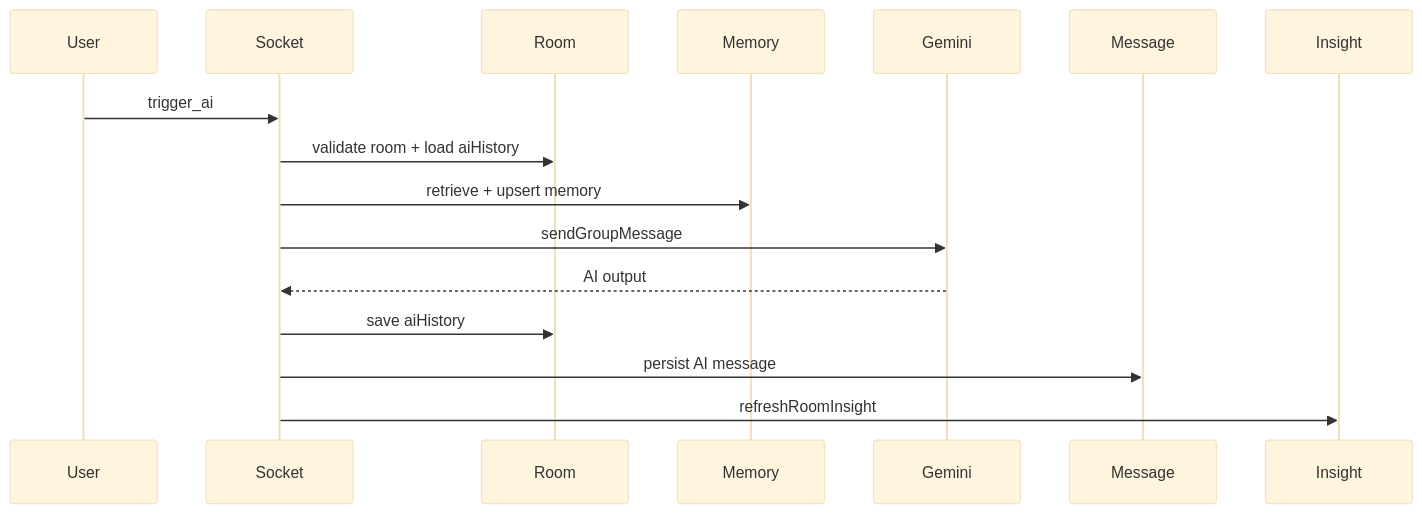
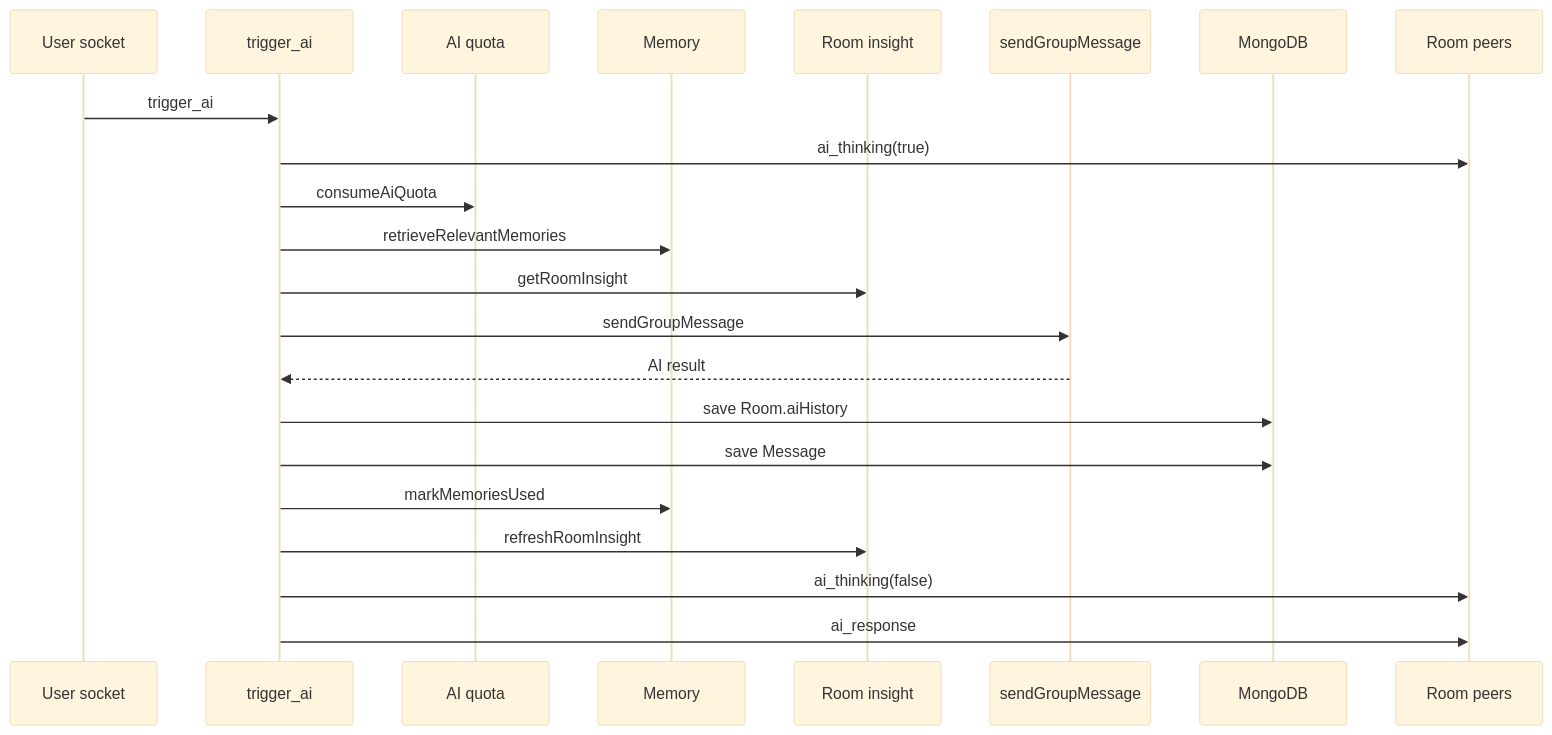
Before and after one commit to Ganesh172919/Backend_Practice: the second of 4 diagrams in docs/ai/32-sequence-and-architecture-diagrams.md, drawn with Mermaid (base theme). The commit also changed other lines of this file and 122 other files, not shown here.

````diff
--- a/docs/ai/32-sequence-and-architecture-diagrams.md
+++ b/docs/ai/32-sequence-and-architecture-diagrams.md
@@ -28,19 +31,25 @@
 ```mermaid
 sequenceDiagram
-    participant User
-    participant Socket
-    participant Room
-    participant Memory
-    participant Gemini
-    participant Message
-    participant Insight
+  participant U as User socket
+  participant S as trigger_ai
+  participant Q as AI quota
+  participant M as Memory
+  participant I as Room insight
+  participant G as sendGroupMessage
+  participant DB as MongoDB
+  participant Peers as Room peers
 
-    User->>Socket: trigger_ai
-    Socket->>Room: validate room + load aiHistory
-    Socket->>Memory: retrieve + upsert memory
-    Socket->>Gemini: sendGroupMessage
-    Gemini-->>Socket: AI output
-    Socket->>Room: save aiHistory
-    Socket->>Message: persist AI message
-    Socket->>Insight: refreshRoomInsight
+  U->>S: trigger_ai
+  S->>Peers: ai_thinking(true)
+  S->>Q: consumeAiQuota
+  S->>M: retrieveRelevantMemories
+  S->>I: getRoomInsight
+  S->>G: sendGroupMessage
+  G-->>S: AI result
+  S->>DB: save Room.aiHistory
+  S->>DB: save Message
+  S->>M: markMemoriesUsed
+  S->>I: refreshRoomInsight
+  S->>Peers: ai_thinking(false)
+  S->>Peers: ai_response
 ```
````
